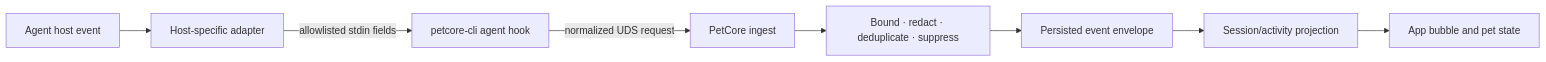
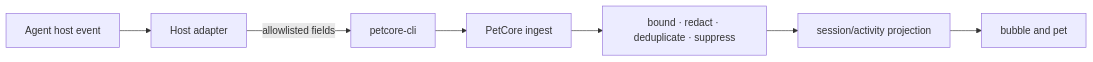
Before and after one commit to xjxtree/agent-pet-companion: the diagram in docs/integrations/agent-connectors.md, drawn with Mermaid. The commit also changed other lines of this file and 91 other files, not shown here.

Commit message:
feat: refine desktop sessions and pet production

````diff
--- a/docs/integrations/agent-connectors.md
+++ b/docs/integrations/agent-connectors.md
@@ -18,10 +16,9 @@
 ```mermaid
 flowchart LR
-    Host["Agent host event"] --> Adapter["Host-specific adapter"]
-    Adapter -->|"allowlisted stdin fields"| CLI["petcore-cli agent hook"]
-    CLI -->|"normalized UDS request"| Core["PetCore ingest"]
-    Core --> Filter["Bound · redact · deduplicate · suppress"]
-    Filter --> DB["Persisted event envelope"]
-    DB --> Sessions["Session/activity projection"]
-    Sessions --> App["App bubble and pet state"]
+    Host["Agent host event"] --> Adapter["Host adapter"]
+    Adapter -->|"allowlisted fields"| CLI["petcore-cli"]
+    CLI --> Core["PetCore ingest"]
+    Core --> Filter["bound · redact · deduplicate · suppress"]
+    Filter --> Projection["session/activity projection"]
+    Projection --> App["bubble and pet"]
 ```
````
